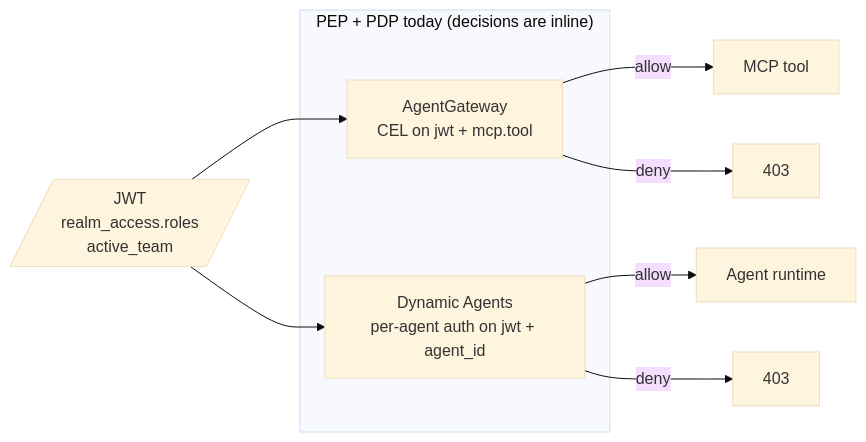
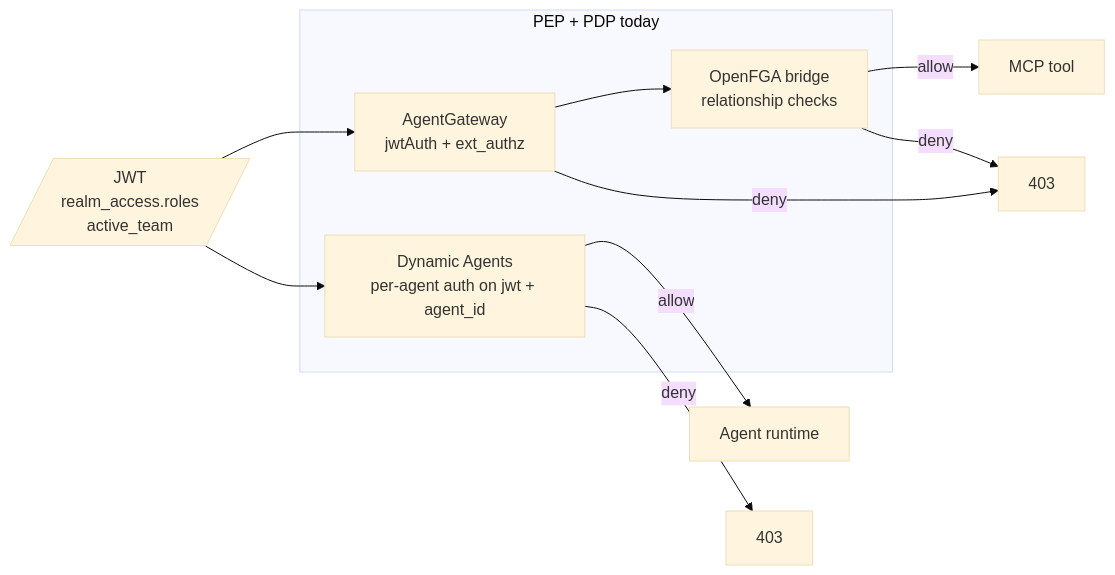
One commit to cnoe-io/ai-platform-engineering changed the second of 5 diagrams in docs/docs/security/rbac/roles-scopes-comparison.md. Above: the diagram before and after it, drawn with Mermaid (base theme). The commit also changed other lines of this file and 8 other files, not shown here.

````diff
--- a/docs/docs/security/rbac/roles-scopes-comparison.md
+++ b/docs/docs/security/rbac/roles-scopes-comparison.md
@@ -384,15 +380,18 @@
 ```mermaid
 flowchart LR
     JWT[/"JWT<br/>realm_access.roles<br/>active_team"/] --> AGW
     JWT --> DA
 
-    subgraph PEP_PDP_today["PEP + PDP today (decisions are inline)"]
-      AGW["AgentGateway<br/>CEL on jwt + mcp.tool"]
+    subgraph PEP_PDP_today["PEP + PDP today"]
+      AGW["AgentGateway<br/>jwtAuth + ext_authz"]
+      FGA["OpenFGA bridge<br/>relationship checks"]
       DA["Dynamic Agents<br/>per-agent auth on jwt + agent_id"]
     end
 
-    AGW -->|allow| MCP["MCP tool"]
+    AGW --> FGA
+    FGA -->|allow| MCP["MCP tool"]
+    FGA -->|deny| AGW_403["403"]
     AGW -->|deny| AGW_403["403"]
     DA -->|allow| AGT["Agent runtime"]
     DA -->|deny| DA_403["403"]
 ```
````
